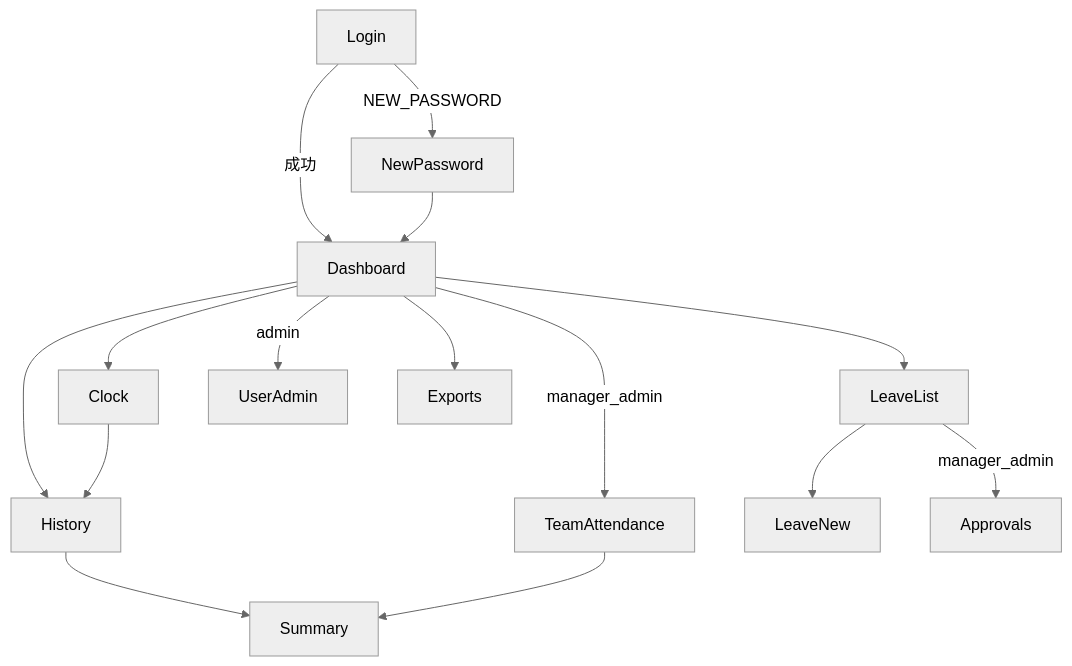
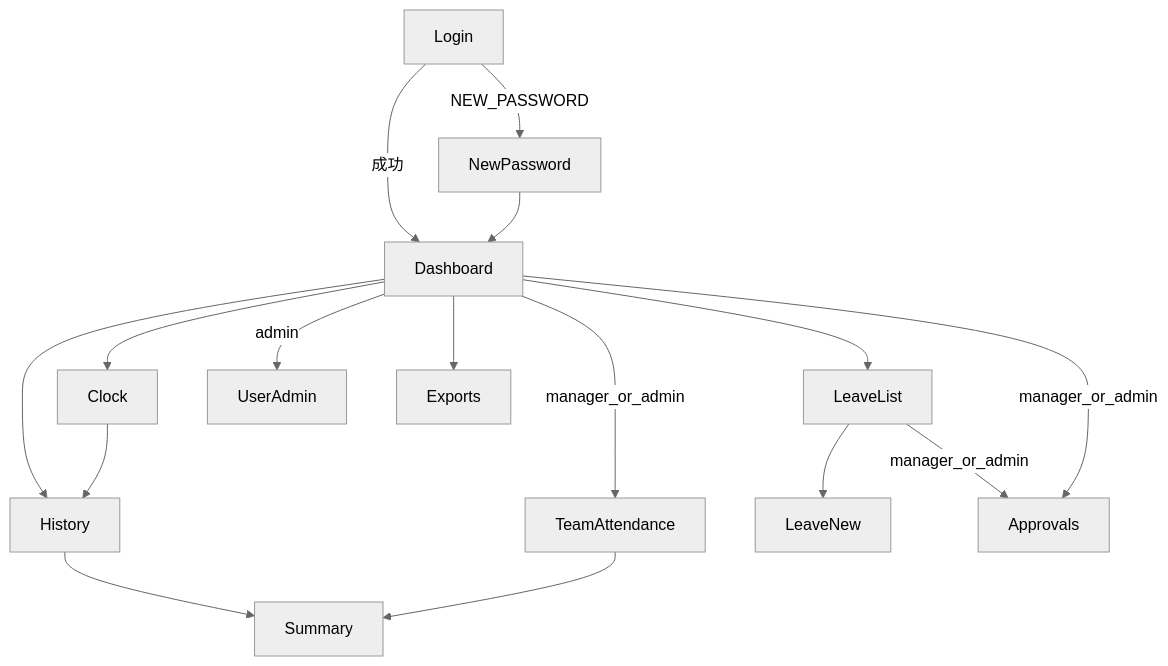
Before and after one commit to NomuraMitsuki/test_AWS: the diagram in docs/ui/screens.md, drawn with Mermaid (neutral theme). The commit also changed other lines of this file and 2 other files, not shown here.

Commit message:
docs: PR前レビューの軽微な整合性修正

````diff
--- a/docs/ui/screens.md
+++ b/docs/ui/screens.md
@@ -22,17 +22,18 @@
 ```mermaid
 flowchart TD
   S01[Login] -->|成功| S03[Dashboard]
   S01 -->|NEW_PASSWORD| S02[NewPassword]
   S02 --> S03
   S03 --> S04[Clock]
   S03 --> S05[History]
-  S03 -->|manager_admin| S07[TeamAttendance]
+  S03 -->|manager_or_admin| S07[TeamAttendance]
   S03 --> S08[LeaveList]
   S03 -->|admin| S11[UserAdmin]
   S03 --> S12[Exports]
   S04 --> S05
   S05 --> S06[Summary]
   S07 --> S06
   S08 --> S09[LeaveNew]
-  S08 -->|manager_admin| S10[Approvals]
+  S08 -->|manager_or_admin| S10[Approvals]
+  S03 -->|manager_or_admin| S10
 ```
````
